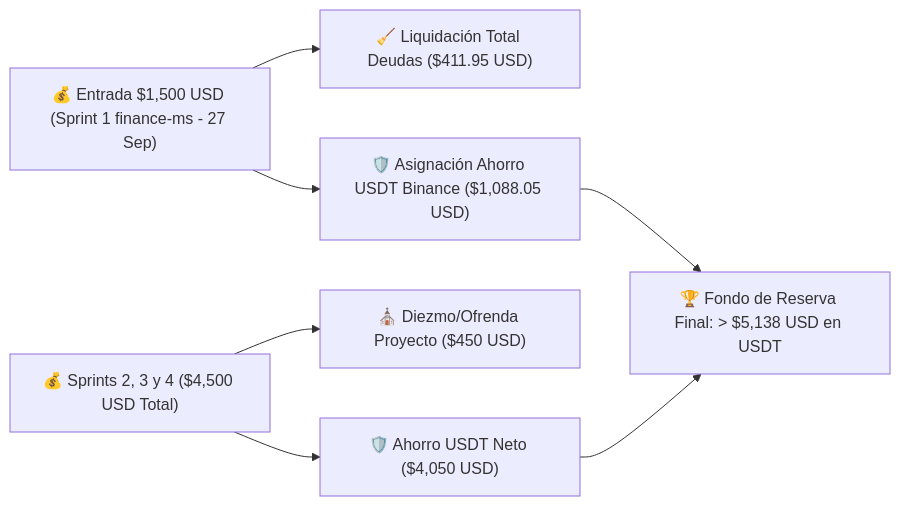
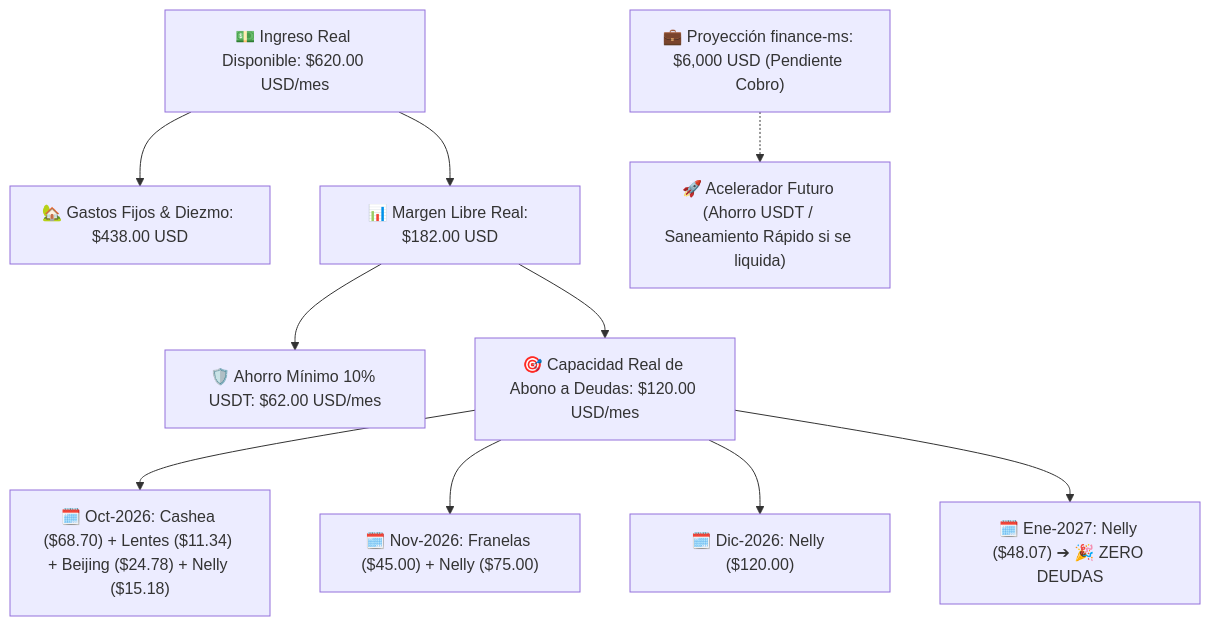
The second of 2 diagrams in wiki/finanzas/analisis-gastos-reales-cuaderno.md (vmontoyasmtop/2brain-vmontoya), drawn with Mermaid before and after one commit. The commit also changed other lines of this file and 4 other files, not shown here.

````diff
--- a/wiki/finanzas/analisis-gastos-reales-cuaderno.md
+++ b/wiki/finanzas/analisis-gastos-reales-cuaderno.md
@@ -178,10 +179,15 @@
 ```mermaid
-flowchart LR
-    A["💰 Entrada $1,500 USD (Sprint 1 finance-ms - 27 Sep)"] --> B["🧹 Liquidación Total Deudas ($411.95 USD)"]
-    A --> C["🛡️ Asignación Ahorro USDT Binance ($1,088.05 USD)"]
+flowchart TD
+    A["💵 Ingreso Real Disponible: $620.00 USD/mes"] --> B["🏡 Gastos Fijos & Diezmo: $438.00 USD"]
+    A --> C["📊 Margen Libre Real: $182.00 USD"]
     
-    D["💰 Sprints 2, 3 y 4 ($4,500 USD Total)"] --> E["⛪ Diezmo/Ofrenda Proyecto ($450 USD)"]
-    D --> F["🛡️ Ahorro USDT Neto ($4,050 USD)"]
+    C --> D["🛡️ Ahorro Mínimo 10% USDT: $62.00 USD/mes"]
+    C --> E["🎯 Capacidad Real de Abono a Deudas: $120.00 USD/mes"]
     
-    C & F --> G["🏆 Fondo de Reserva Final: > $5,138 USD en USDT"]
+    E --> F["🗓️ Oct-2026: Cashea ($68.70) + Lentes ($11.34) + Beijing ($24.78) + Nelly ($15.18)"]
+    E --> G["🗓️ Nov-2026: Franelas ($45.00) + Nelly ($75.00)"]
+    E --> H["🗓️ Dic-2026: Nelly ($120.00)"]
+    E --> I["🗓️ Ene-2027: Nelly ($48.07) ➔ 🎉 ZERO DEUDAS"]
+
+    J["💼 Proyección finance-ms: $6,000 USD (Pendiente Cobro)"] -.-> K["🚀 Acelerador Futuro (Ahorro USDT / Saneamiento Rápido si se liquida)"]
 ```
````
